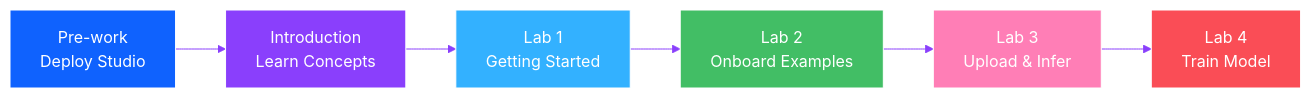
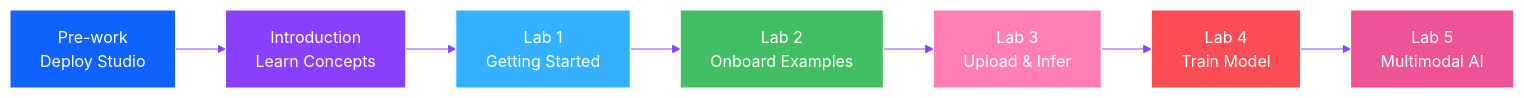
Before and after one commit to terrastackai/geospatial-studio: the diagram in workshop/docs/introduction/welcome.md, drawn with Mermaid. The commit also changed other lines of this file and 8 other files, not shown here.

````diff
--- a/workshop/docs/introduction/welcome.md
+++ b/workshop/docs/introduction/welcome.md
@@ -50,16 +50,18 @@
 ```mermaid
 %%{init: {'theme':'base', 'themeVariables': { 'primaryColor':'#0f62fe','primaryTextColor':'#fff','primaryBorderColor':'#fff','lineColor':'#8a3ffc','secondaryColor':'#33b1ff','tertiaryColor':'#42be65'}}}%%
 graph LR
     A[Pre-work<br/>Deploy Studio] --> B[Introduction<br/>Learn Concepts]
     B --> C[Lab 1<br/>Getting Started]
     C --> D[Lab 2<br/>Onboard Examples]
     D --> E[Lab 3<br/>Upload & Infer]
     E --> F[Lab 4<br/>Train Model]
+    F --> G[Lab 5<br/>Multimodal AI]
     
     style A fill:#0f62fe,stroke:#fff,color:#fff
     style B fill:#8a3ffc,stroke:#fff,color:#fff
     style C fill:#33b1ff,stroke:#fff,color:#fff
     style D fill:#42be65,stroke:#fff,color:#fff
     style E fill:#ff7eb6,stroke:#fff,color:#fff
     style F fill:#fa4d56,stroke:#fff,color:#fff
+    style G fill:#ee5396,stroke:#fff,color:#fff
 ```
````
